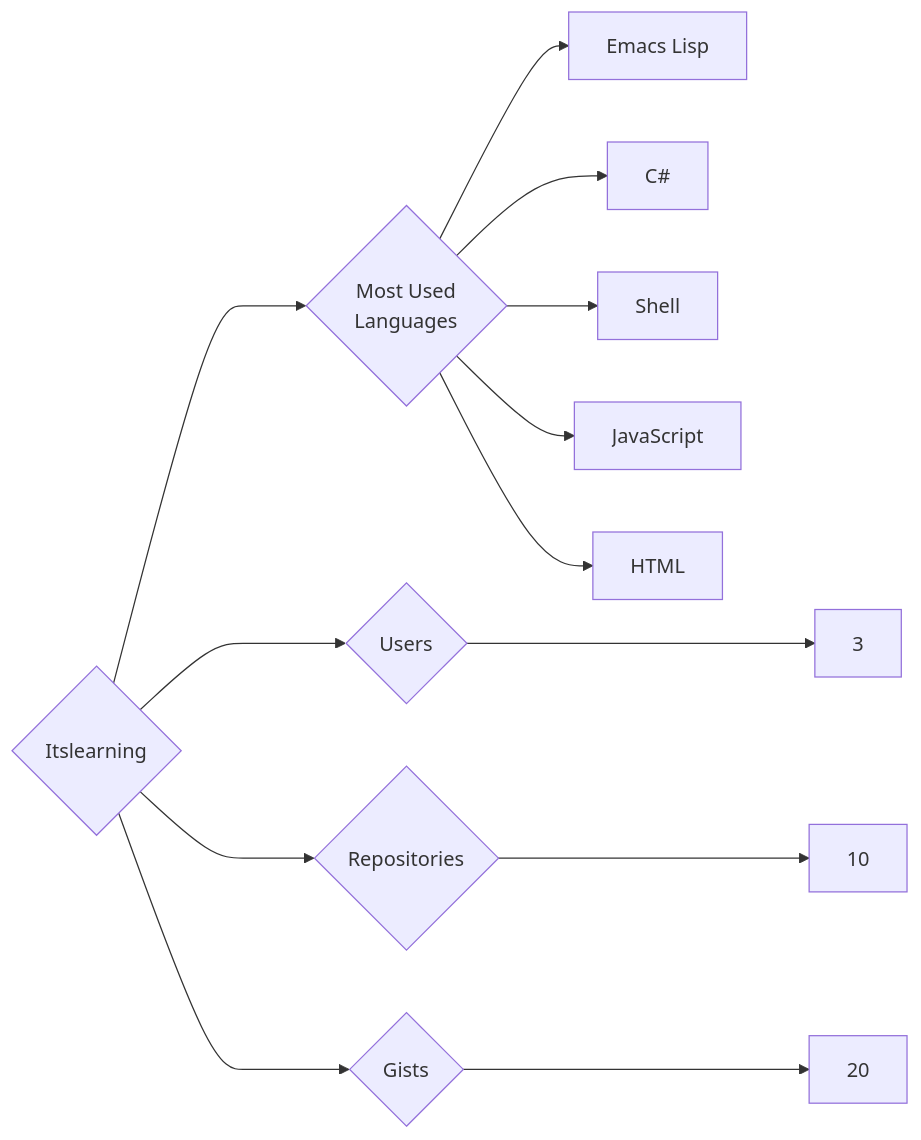
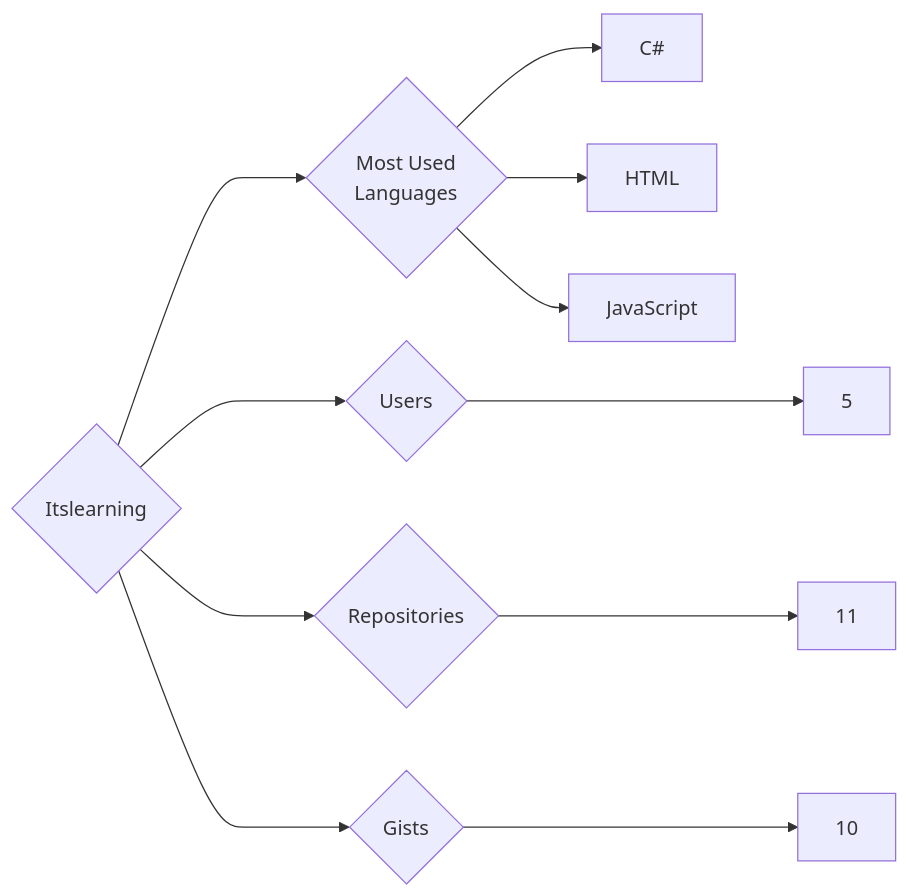
One commit to trickest/insiders changed the diagram in targets/Itslearning/README.md. Above: the diagram before and after it, drawn with Mermaid. The commit also changed 870 other files, not shown here.

````diff
--- a/targets/Itslearning/README.md
+++ b/targets/Itslearning/README.md
@@ -3,13 +3,11 @@
 ```mermaid
 graph LR
 COMPANY_NAME{Itslearning}
-COMPANY_NAME ---> U{Users} ---> UN[3]
-COMPANY_NAME ---> R{Repositories} ---> RN[10]
-COMPANY_NAME ---> G{Gists} ---> GN[20]
+COMPANY_NAME ---> U{Users} ---> UN[5]
+COMPANY_NAME ---> R{Repositories} ---> RN[11]
+COMPANY_NAME ---> G{Gists} ---> GN[10]
 COMPANY_NAME ---> ML{Most Used<br>Languages}
-ML --> Emacs_Lisp[Emacs Lisp]
 ML --> C#[C#]
-ML --> Shell[Shell]
+ML --> HTML[HTML]
 ML --> JavaScript[JavaScript]
-ML --> HTML[HTML]
 ```
````
